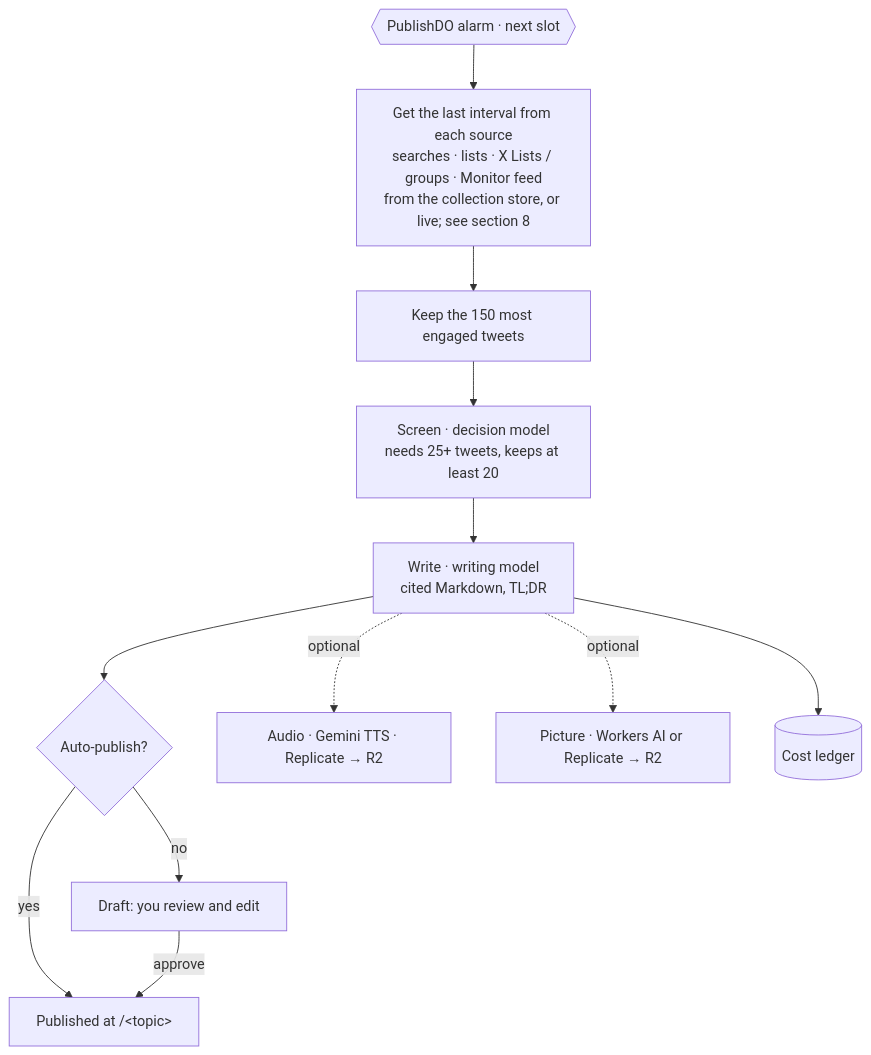
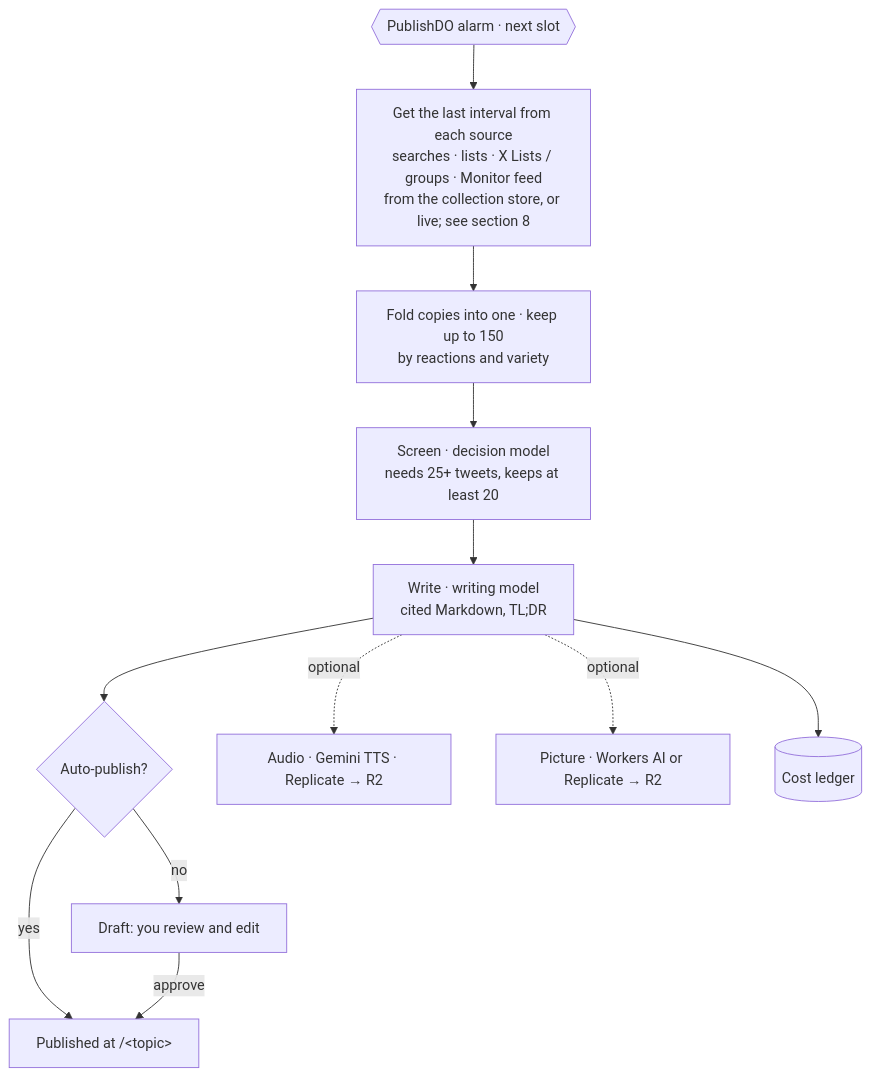
The fourth of 5 diagrams in docs/flows.md (fredrikp999/cf-tweetexplorer), drawn with Mermaid before and after one commit. The commit also changed other lines of this file and 14 other files, not shown here.

````diff
--- a/docs/flows.md
+++ b/docs/flows.md
@@ -85,14 +85,14 @@
 ```mermaid
 flowchart TD
   AL{{PublishDO alarm · next slot}} --> FE[Get the last interval from each source<br/>searches · lists · X Lists / groups · Monitor feed<br/>from the collection store, or live; see section 8]
-  FE --> TOP[Keep the 150 most engaged tweets]
+  FE --> TOP[Fold copies into one · keep up to 150<br/>by reactions and variety]
   TOP --> SC[Screen · decision model<br/>needs 25+ tweets, keeps at least 20]
   SC --> WR[Write · writing model<br/>cited Markdown, TL;DR]
   WR --> IS{Auto-publish?}
   IS -->|no| DR[Draft: you review and edit]
   IS -->|yes| PB[Published at /&lt;topic&gt;]
   DR -->|approve| PB
   WR -.->|optional| AU[Audio · Gemini TTS · Replicate → R2]
   WR -.->|optional| IM[Picture · Workers AI or Replicate → R2]
   WR --> LED[(Cost ledger)]
 ```
````
